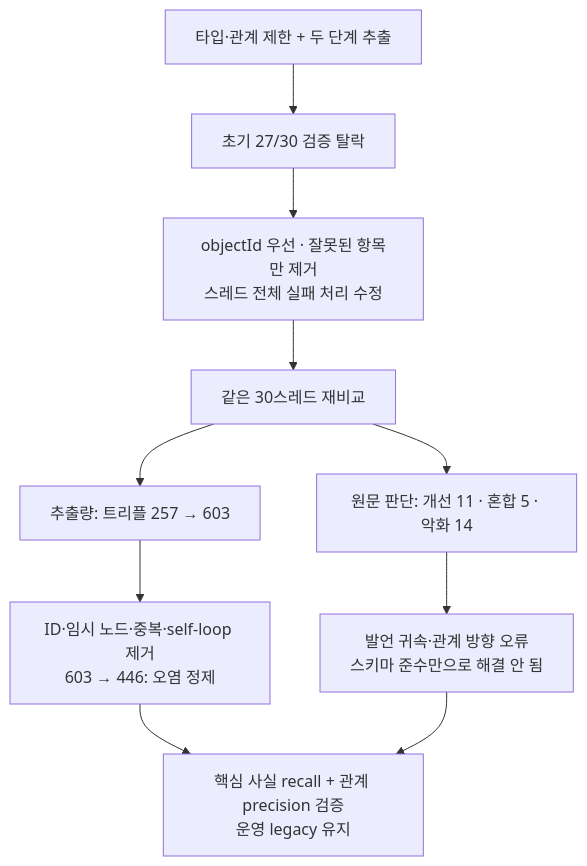
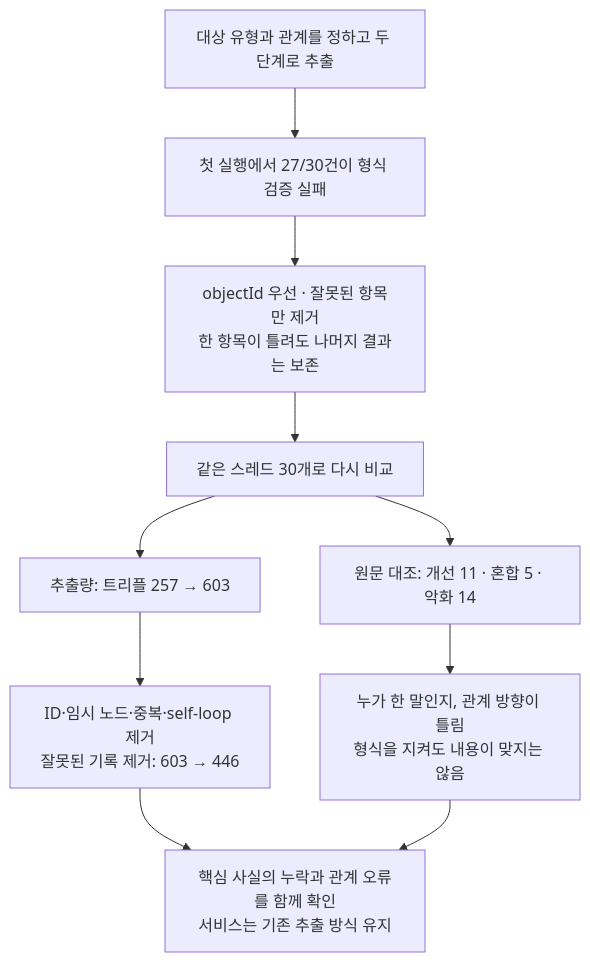
One commit to merryAI-dev/merryAI-dev.github.io changed the diagram in assets/images/diagrams/myscdoc-decisions/05-ontology.mmd. Above: the diagram before and after it, drawn with Mermaid. The commit also changed 10 other files, not shown here.

Commit message:
Polish Korean narrative and decision diagram wording

```diff
--- a/assets/images/diagrams/myscdoc-decisions/05-ontology.mmd
+++ b/assets/images/diagrams/myscdoc-decisions/05-ontology.mmd
@@ -1,10 +1,10 @@
 flowchart TD
- A["타입·관계 제한 + 두 단계 추출"] --> B["초기 27/30 검증 탈락"]
- B --> X["objectId 우선 · 잘못된 항목만 제거\n스레드 전체 실패 처리 수정"]
- X --> C["같은 30스레드 재비교"]
+ A["대상 유형과 관계를 정하고 두 단계로 추출"] --> B["첫 실행에서 27/30건이 형식 검증 실패"]
+ B --> X["objectId 우선 · 잘못된 항목만 제거\n한 항목이 틀려도 나머지 결과는 보존"]
+ X --> C["같은 스레드 30개로 다시 비교"]
  C --> D["추출량: 트리플 257 → 603"]
- C --> E["원문 판단: 개선 11 · 혼합 5 · 악화 14"]
- D --> F["ID·임시 노드·중복·self-loop 제거\n603 → 446: 오염 정제"]
- E --> G["발언 귀속·관계 방향 오류\n스키마 준수만으로 해결 안 됨"]
- F --> H["핵심 사실 recall + 관계 precision 검증\n운영 legacy 유지"]
+ C --> E["원문 대조: 개선 11 · 혼합 5 · 악화 14"]
+ D --> F["ID·임시 노드·중복·self-loop 제거\n잘못된 기록 제거: 603 → 446"]
+ E --> G["누가 한 말인지, 관계 방향이 틀림\n형식을 지켜도 내용이 맞지는 않음"]
+ F --> H["핵심 사실의 누락과 관계 오류를 함께 확인\n서비스는 기존 추출 방식 유지"]
  G --> H
```
